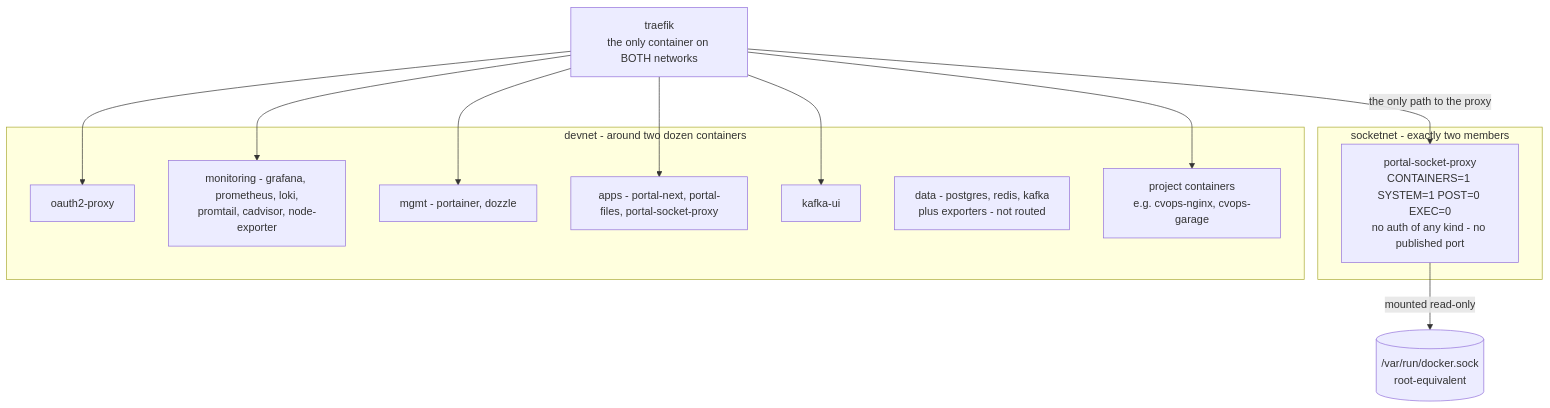
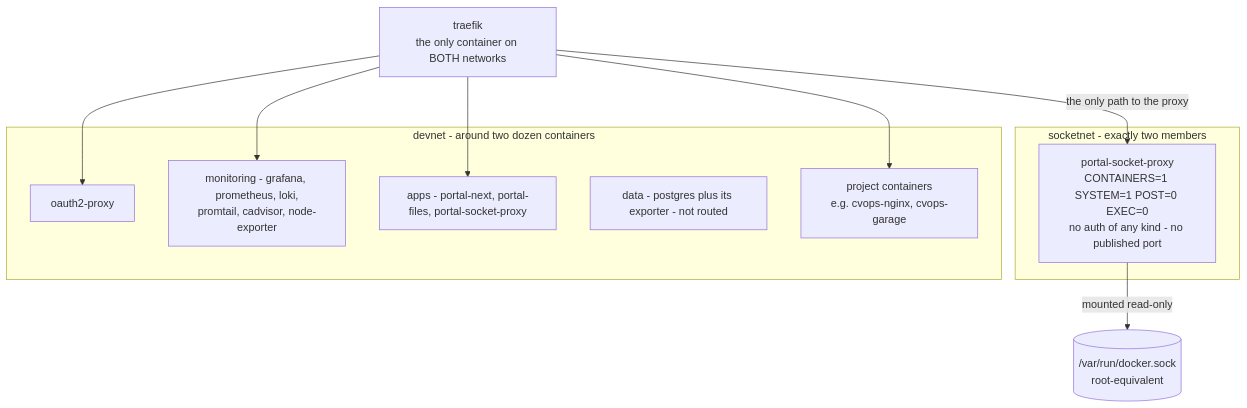
The second of 6 diagrams in docs/ARCHITECTURE.md (YehudaBriskman/Bothy), drawn with Mermaid before and after one commit. The commit also changed other lines of this file and 13 other files, not shown here.

````diff
--- a/docs/ARCHITECTURE.md
+++ b/docs/ARCHITECTURE.md
@@ -185,29 +185,25 @@
 ```mermaid
 flowchart TB
     SOCKET[("/var/run/docker.sock<br/>root-equivalent")]
 
     subgraph s_socketnet["socketnet - exactly two members"]
         PROXY["portal-socket-proxy<br/>CONTAINERS=1 SYSTEM=1 POST=0 EXEC=0<br/>no auth of any kind - no published port"]
     end
 
     subgraph s_devnet["devnet - around two dozen containers"]
         OAUTH["oauth2-proxy"]
         OBS["monitoring - grafana, prometheus, loki,<br/>promtail, cadvisor, node-exporter"]
-        MGMT["mgmt - portainer, dozzle"]
         APPSG["apps - portal-next, portal-files, portal-socket-proxy"]
-        KUI["kafka-ui"]
-        DATAG["data - postgres, redis, kafka<br/>plus exporters - not routed"]
+        DATAG["data - postgres plus its exporter - not routed"]
         PROJ["project containers<br/>e.g. cvops-nginx, cvops-garage"]
     end
 
     TRAEFIK["traefik<br/>the only container on BOTH networks"]
 
     TRAEFIK --> OAUTH
     TRAEFIK --> OBS
-    TRAEFIK --> MGMT
     TRAEFIK --> APPSG
-    TRAEFIK --> KUI
     TRAEFIK --> PROJ
     TRAEFIK -->|"the only path to the proxy"| PROXY
     PROXY -->|"mounted read-only"| SOCKET
 ```
````
